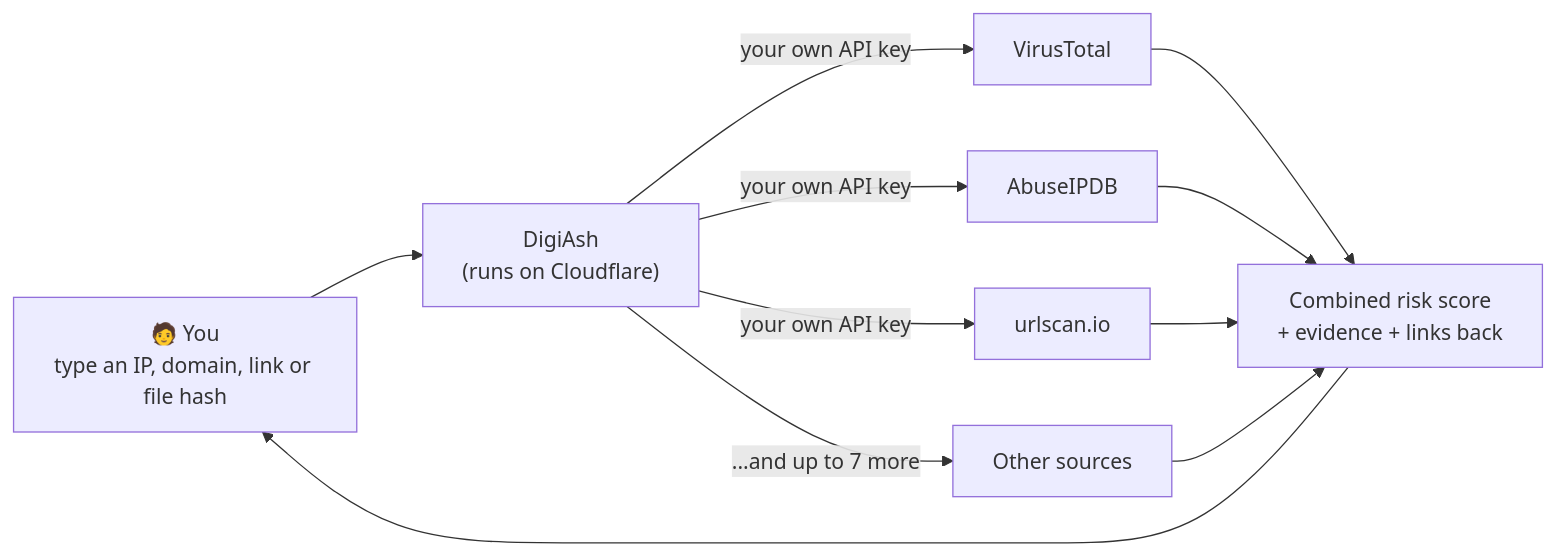
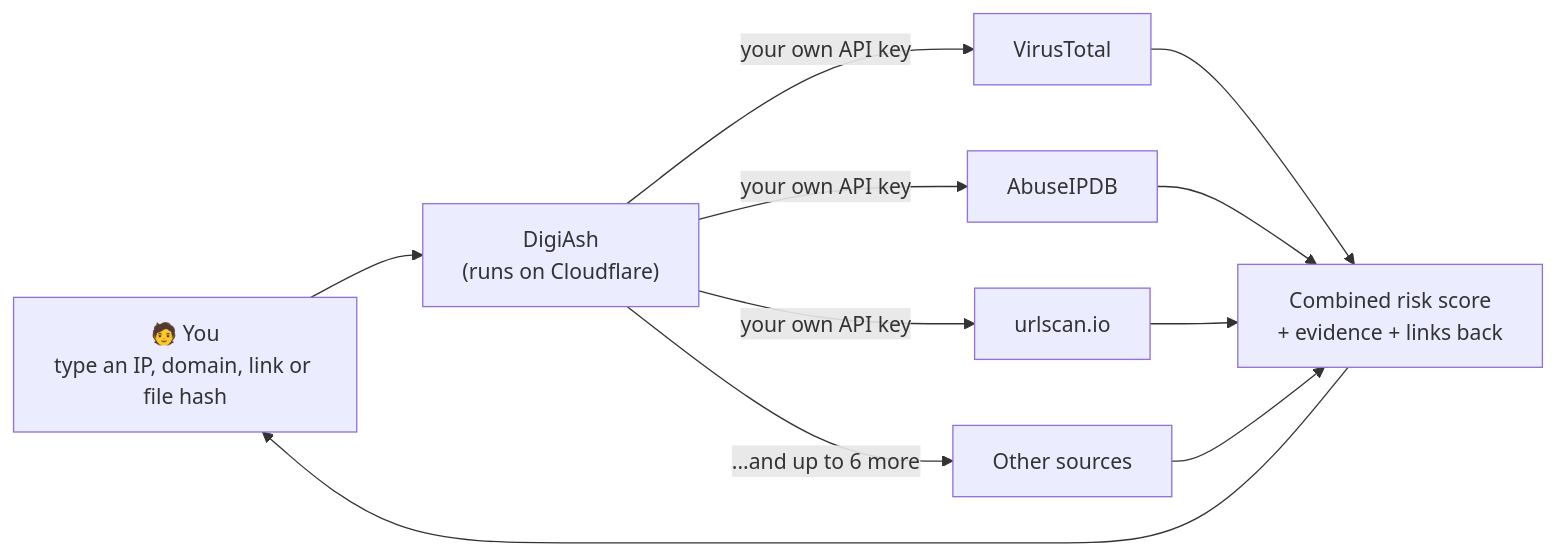
One commit to DungeonXplorer/digiash changed the first of 2 diagrams in README.md. Above: the diagram before and after it, drawn with Mermaid.

Commit message:
Fix the diagram's source count: nine sources, so 6 more

````diff
--- a/README.md
+++ b/README.md
@@ -52,10 +52,10 @@
 ```mermaid
 flowchart LR
     You["🧑 You<br/>type an IP, domain, link or file hash"] --> DigiAsh["DigiAsh<br/>(runs on Cloudflare)"]
     DigiAsh -->|"your own API key"| S1["VirusTotal"]
     DigiAsh -->|"your own API key"| S2["AbuseIPDB"]
     DigiAsh -->|"your own API key"| S3["urlscan.io"]
-    DigiAsh -->|"...and up to 7 more"| S4["Other sources"]
+    DigiAsh -->|"...and up to 6 more"| S4["Other sources"]
     S1 & S2 & S3 & S4 --> Score["Combined risk score<br/>+ evidence + links back"]
     Score --> You
 ```
````
